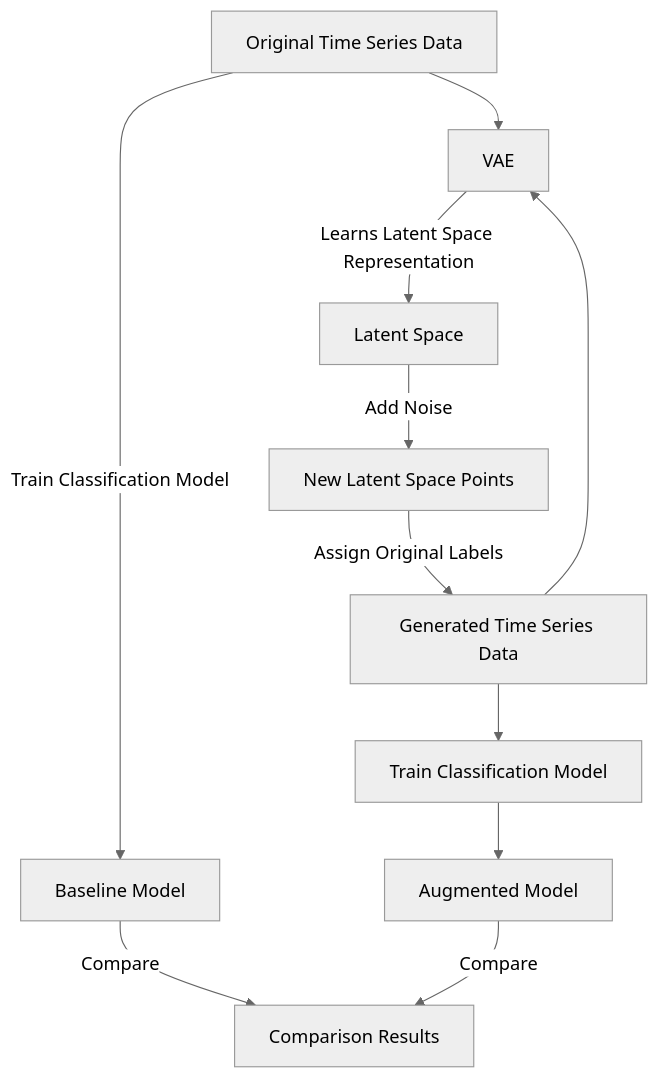
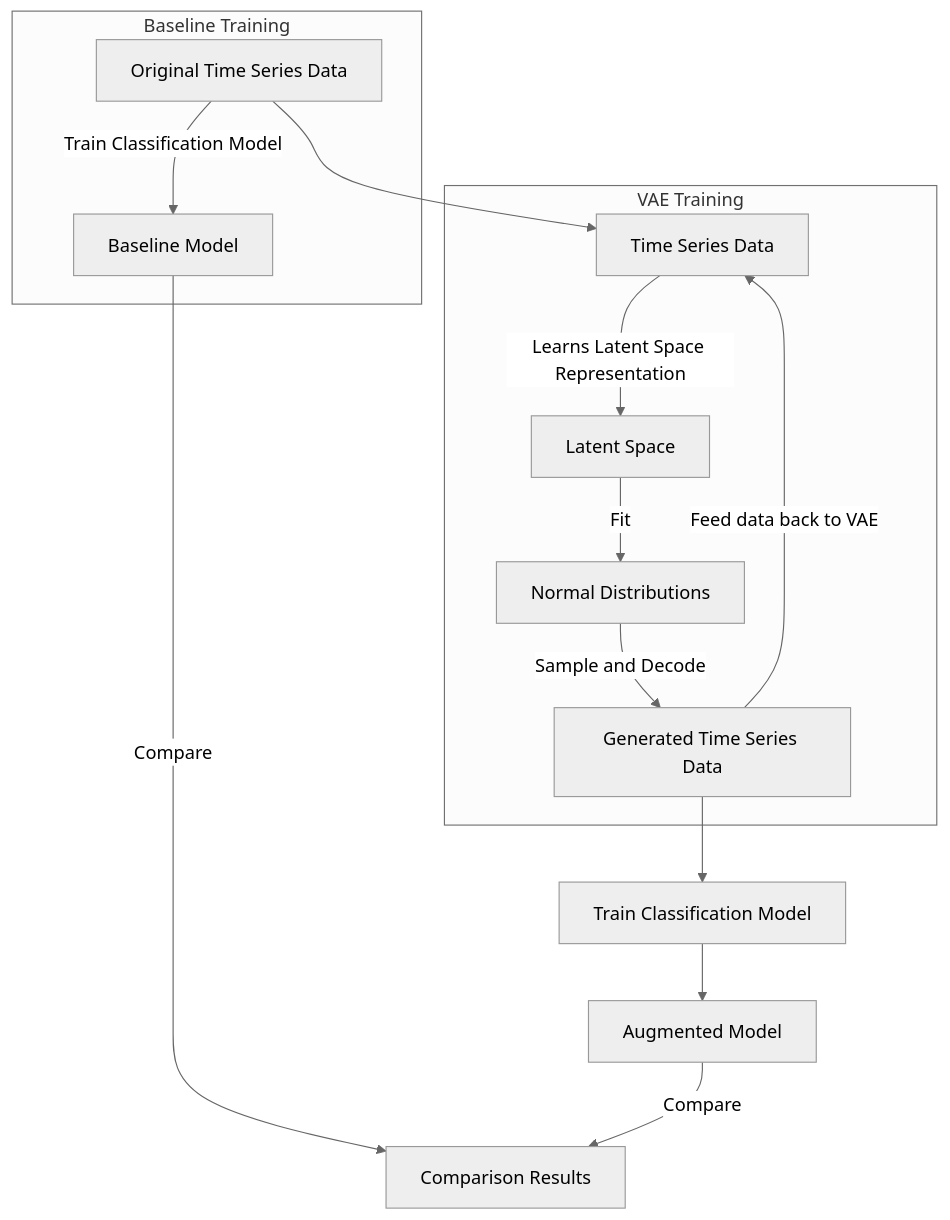
The second of 2 diagrams in README.md (Matt-Olek/Latent-Space-TS-Augmentation), drawn with Mermaid (neutral theme) before and after one commit. The commit also changed other lines of this file and 27 other files, not shown here.

````diff
--- a/README.md
+++ b/README.md
@@ -66,14 +67,18 @@
 ```mermaid
 graph TD
-    A[Original Time Series Data] --> B[VAE]
+    A[Original Time Series Data] --> B[Time Series Data]
+    subgraph Baseline Training
+    A -->|Train Classification Model| G[Baseline Model]
+    end
+    subgraph VAE Training
     B -->|Learns Latent Space Representation| C[Latent Space]
-    C -->|Add Noise| D[New Latent Space Points]
-    D -->|Assign Original Labels| E[Generated Time Series Data]
-    E --> B
+    C -->|Fit| D[Normal Distributions]
+    E --> |Feed data back to VAE| B
+    D -->|Sample and Decode| E[Generated Time Series Data]
+    end
     E --> F[Train Classification Model]
-    A -->|Train Classification Model| G[Baseline Model]
     F --> H[Augmented Model]
 
     G -->|Compare| I[Comparison Results]
     H -->|Compare| I
 ```
````
